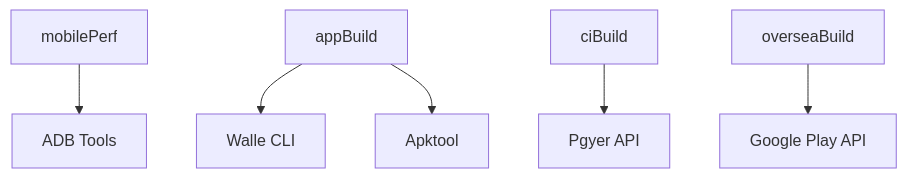
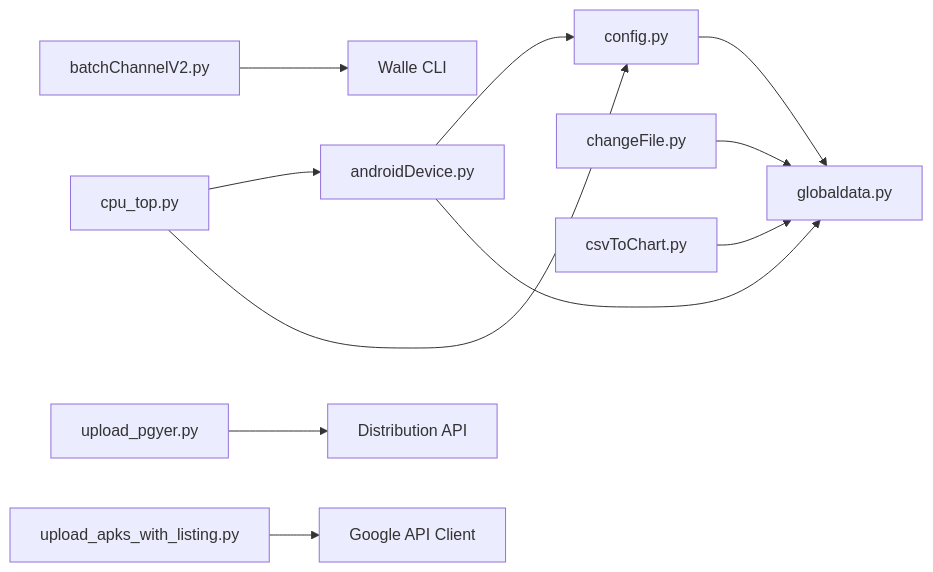
The seventh of 7 diagrams in .qoder/repowiki/en/content/Project Overview.md (liximing1-ola/qa-perfCode), drawn with Mermaid before and after one commit. The commit also changed other lines of this file and 50 other files, not shown here.

````diff
--- a/.qoder/repowiki/en/content/Project Overview.md
+++ b/.qoder/repowiki/en/content/Project Overview.md
@@ -331,17 +325,13 @@
 ```mermaid
-graph TB
-MP["mobilePerf"]
-AB["appBuild"]
-CI["ciBuild"]
-OB["overseaBuild"]
-ADB["ADB Tools"]
-WALLE["Walle CLI"]
-APKT["Apktool"]
-PGYER["Pgyer API"]
-GPAPI["Google Play API"]
-MP --> ADB
-AB --> WALLE
-AB --> APKT
-CI --> PGYER
-OB --> GPAPI
+graph LR
+CF["config.py"] --> RTD["globaldata.py"]
+AD["androidDevice.py"] --> CF
+AD --> RTD
+CT["changeFile.py"] --> RTD
+CTC["csvToChart.py"] --> RTD
+CM["cpu_top.py"] --> AD
+CM --> CF
+BA["batchChannelV2.py"] --> W["Walle CLI"]
+UP["upload_pgyer.py"] --> API["Distribution API"]
+UA["upload_apks_with_listing.py"] --> GA["Google API Client"]
 ```
````
